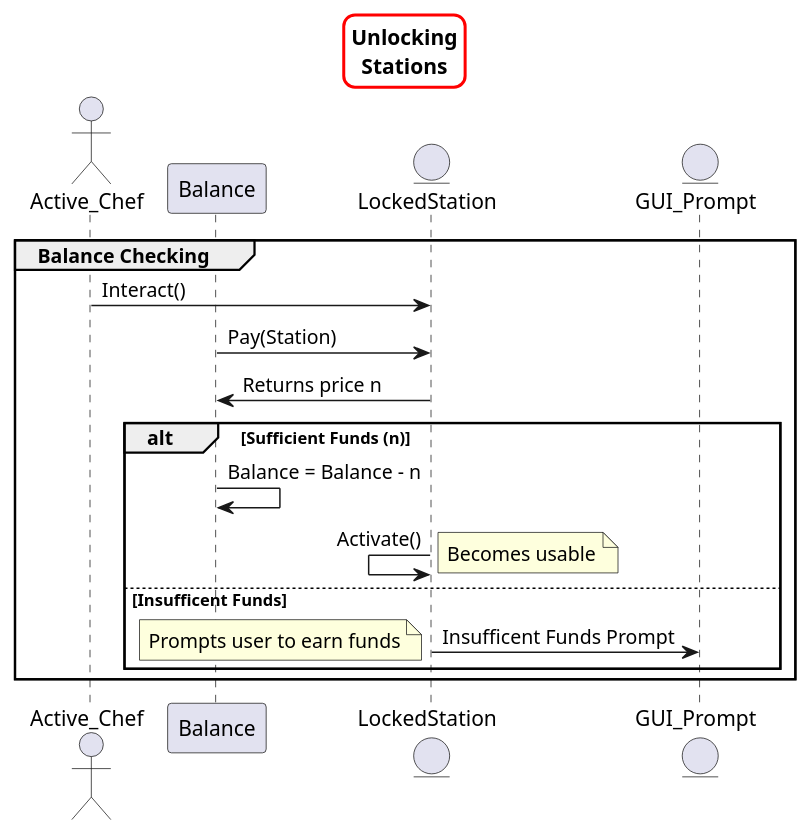
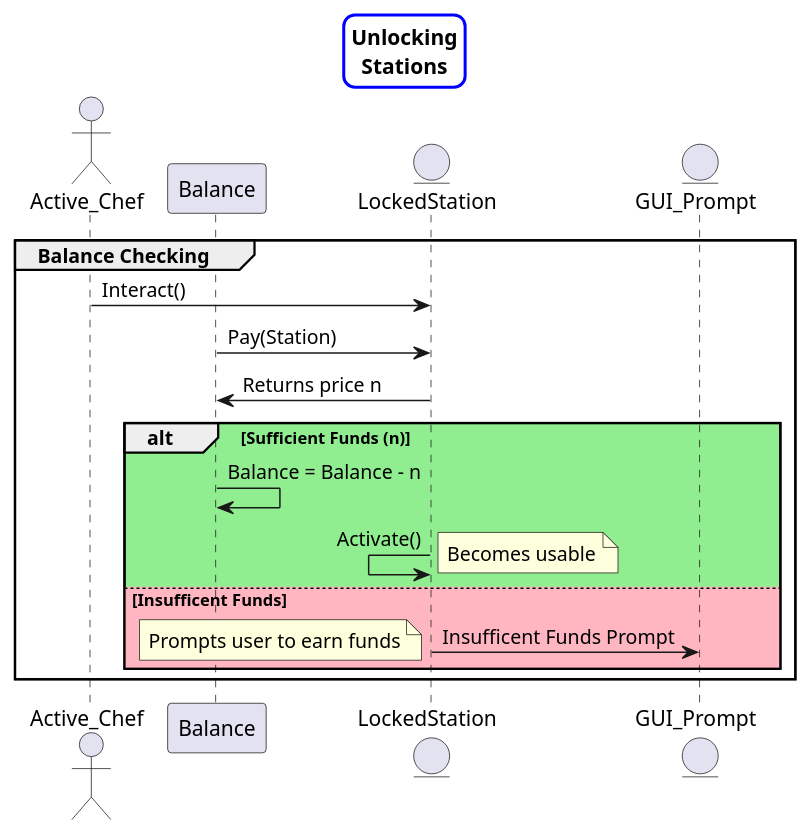
Before and after one commit to Runtime-Terrors-Team-5/-A2-UML: the diagram in A2/A2 Architecture/Sequence Diagrams/Unlocking Stations.puml, drawn with PlantUML. The commit also changed 8 other files, not shown here.

First line of the commit message:
All Sequence Diagrams Completed

```diff
--- a/A2/A2 Architecture/Sequence Diagrams/Unlocking Stations.puml
+++ b/A2/A2 Architecture/Sequence Diagrams/Unlocking Stations.puml
@@ -3,27 +3,27 @@
 @startuml
 skinparam titleBorderRoundCorner 15
 skinparam titleBorderThickness 2
-skinparam titleBorderColor red
+skinparam titleBorderColor blue
 title Unlocking\nStations
 
 actor Active_Chef as Chef
 participant Balance as Money
 entity LockedStation as Station
 entity GUI_Prompt as GUI
 
 ' Checking for correct funds
 group Balance Checking
     Chef -> Station : Interact()
     Money -> Station : Pay(Station)
     Money <- Station : Returns price n
     ' Unlocks Stations / prompts user to earn money
-    alt Sufficient Funds (n)
+    alt #LightGreen Sufficient Funds (n)
         Money -> Money : Balance = Balance - n
         Station <- Station  : Activate()
         note right : Becomes usable
-    else Insufficent Funds
+    else #LightPink Insufficent Funds
         Station -> GUI : Insufficent Funds Prompt
         note left: Prompts user to earn funds
     end
 end
 @enduml
```
